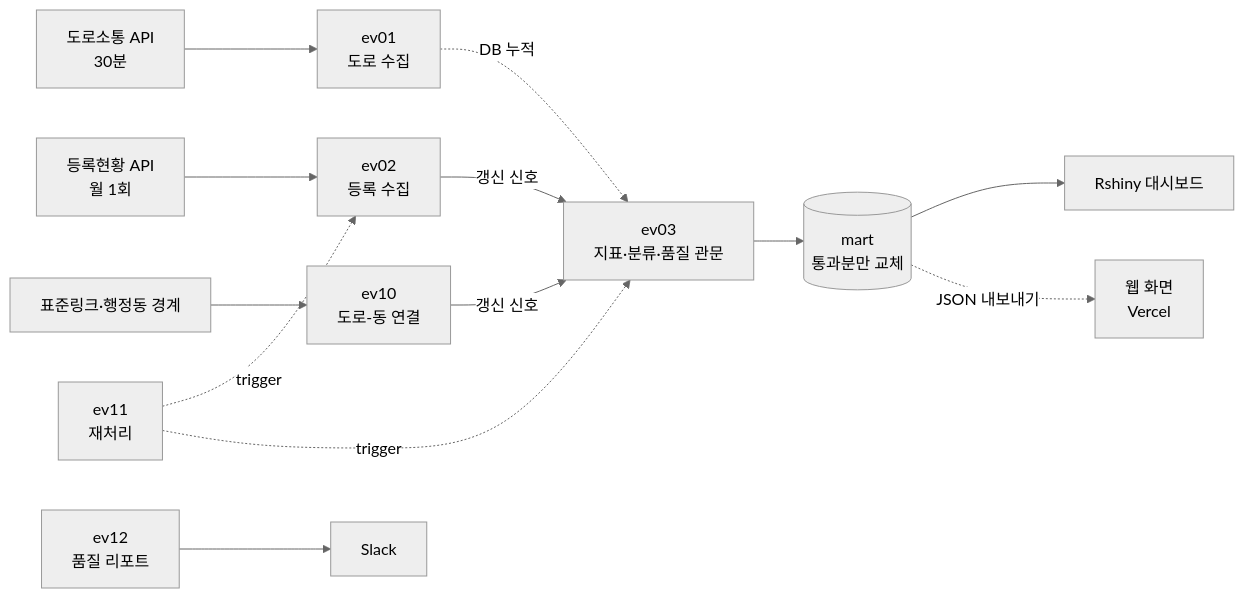
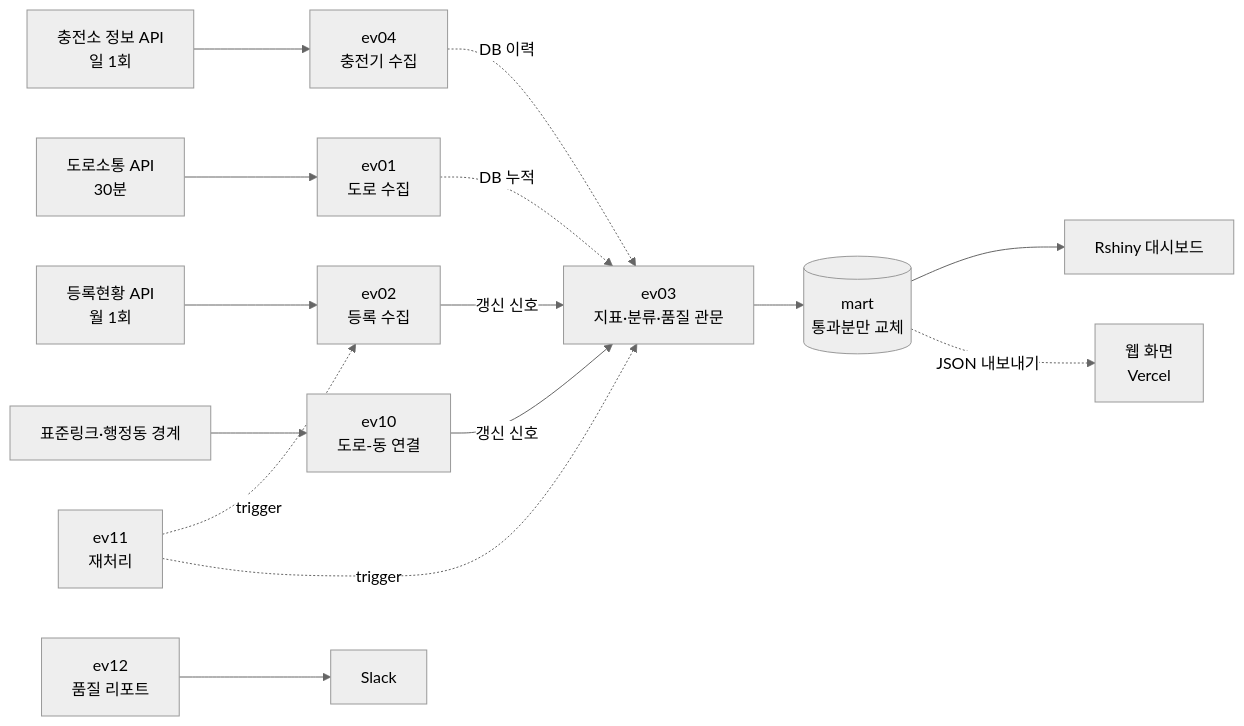
The diagram in README.md (CoderGogh/seoul-ev-data-platform), drawn with Mermaid (neutral theme) before and after one commit. The commit also changed other lines of this file and 1 other file, not shown here.

Commit message:
docs: README·실행 안내에 ev04 반영

````diff
--- a/README.md
+++ b/README.md
@@ -43,15 +43,17 @@
 ```mermaid
 flowchart LR
     road["도로소통 API<br/>30분"] --> ev01["ev01<br/>도로 수집"]
     reg["등록현황 API<br/>월 1회"] --> ev02["ev02<br/>등록 수집"]
+    chg["충전소 정보 API<br/>일 1회"] --> ev04["ev04<br/>충전기 수집"]
     map["표준링크·행정동 경계"] --> ev10["ev10<br/>도로-동 연결"]
+    ev04 -. "DB 이력" .-> ev03
     ev01 -. "DB 누적" .-> ev03
     ev02 -- "갱신 신호" --> ev03
     ev10 -- "갱신 신호" --> ev03
     ev03["ev03<br/>지표·분류·품질 관문"] --> mart[("mart<br/>통과분만 교체")]
     mart --> shiny["Rshiny 대시보드"]
     mart -. "JSON 내보내기" .-> web["웹 화면<br/>Vercel"]
     ev12["ev12<br/>품질 리포트"] --> slack["Slack"]
     ev11["ev11<br/>재처리"] -. trigger .-> ev02
     ev11 -. trigger .-> ev03
 ```
````
